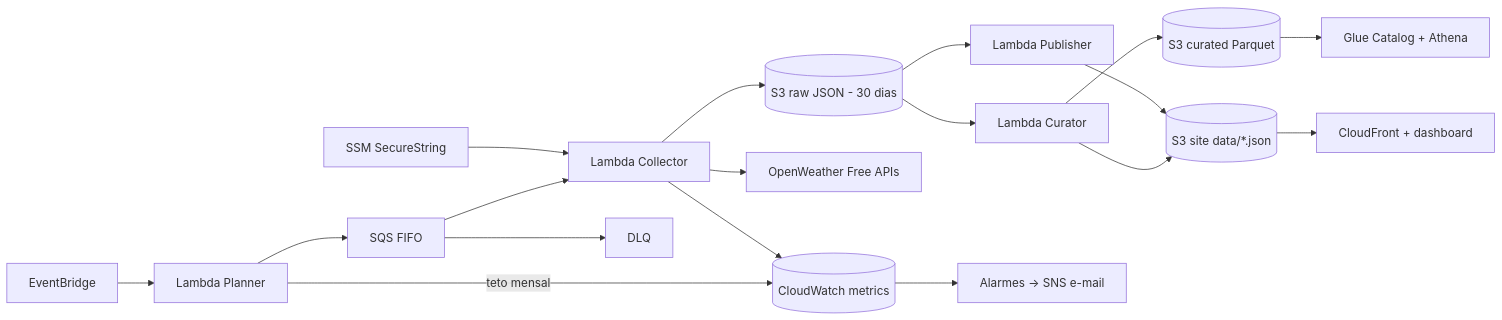
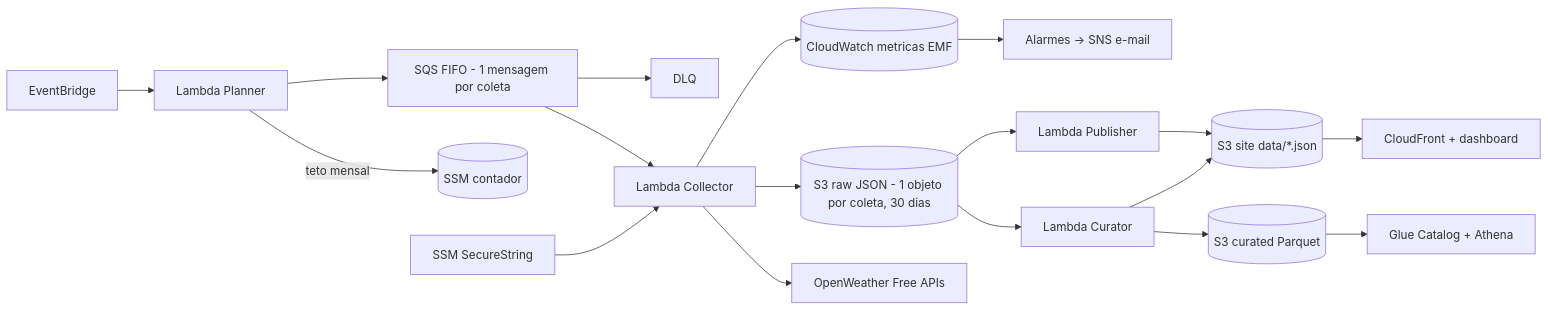
The diagram in README.md (italofelipe01/weather-data-pipeline), drawn with Mermaid before and after one commit. The commit also changed other lines of this file and 10 other files, not shown here.

````diff
--- a/README.md
+++ b/README.md
@@ -24,20 +36,20 @@
 ```mermaid
 flowchart LR
   E[EventBridge] --> P[Lambda Planner]
-  P -- teto mensal --> CW[(CloudWatch metrics)]
-  P --> Q[SQS FIFO]
+  P -- teto mensal --> N[(SSM contador)]
+  P --> Q[SQS FIFO - 1 mensagem por coleta]
   Q --> C[Lambda Collector]
   Q --> D[DLQ]
   K[SSM SecureString] --> C
   C --> O[OpenWeather Free APIs]
-  C --> R[(S3 raw JSON - 30 dias)]
+  C --> R[(S3 raw JSON - 1 objeto por coleta, 30 dias)]
   R --> U[Lambda Curator]
   U --> T[(S3 curated Parquet)]
   T --> G[Glue Catalog + Athena]
   U --> W[(S3 site data/*.json)]
   R --> B[Lambda Publisher]
   B --> W
   W --> F[CloudFront + dashboard]
-  C --> CW
+  C --> CW[(CloudWatch metricas EMF)]
   CW --> A[Alarmes -> SNS e-mail]
 ```
````
